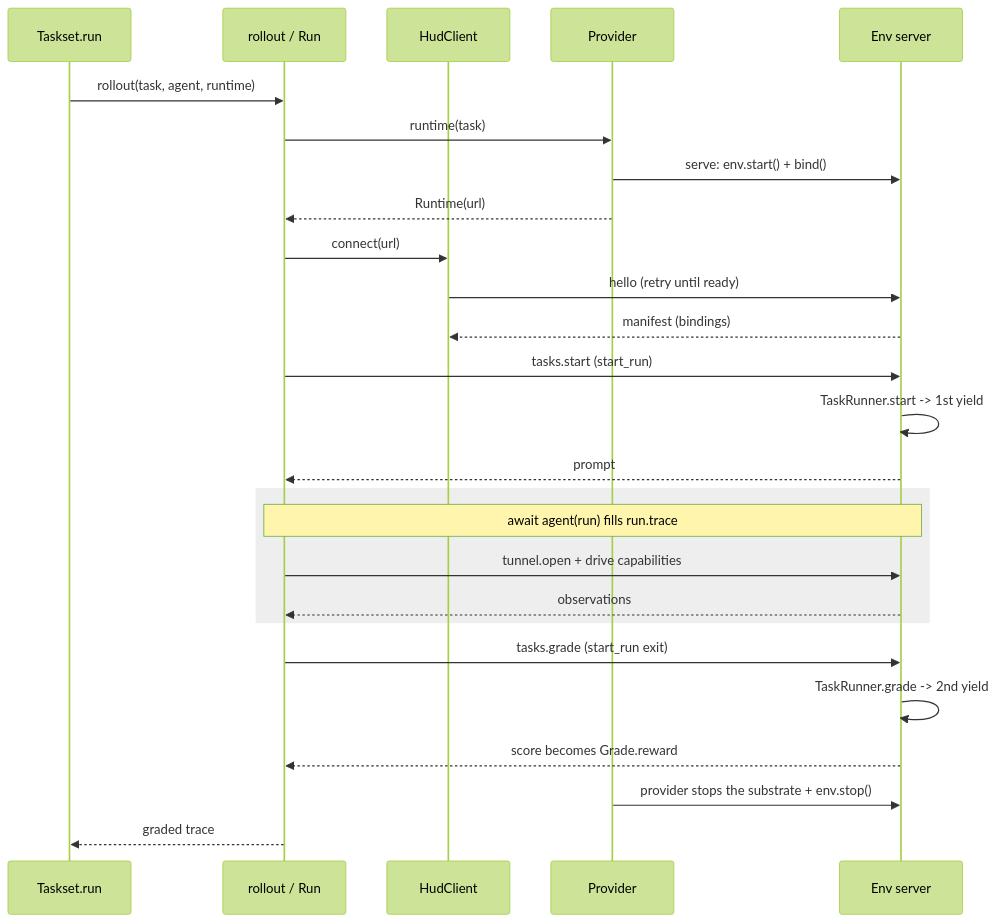
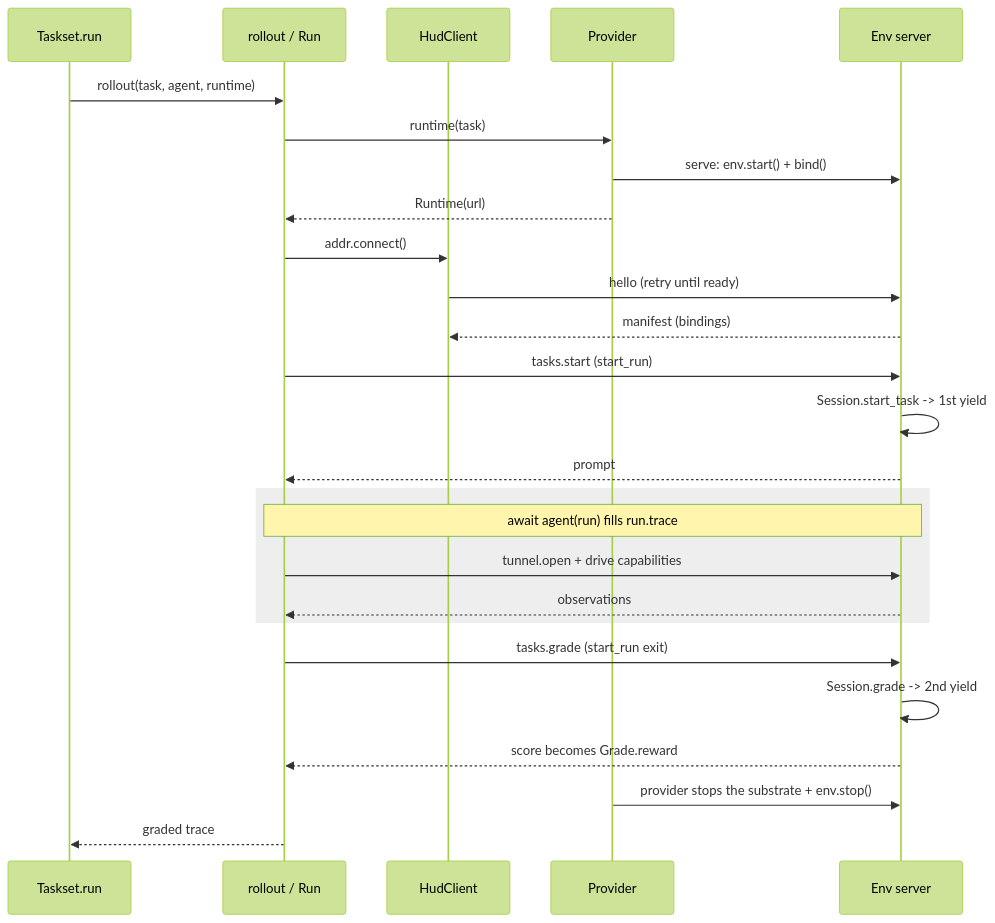
Before and after one commit to hud-evals/hud-python: the diagram in docs/v6/internals/walkthrough.mdx, drawn with Mermaid (forest theme). The commit also changed other lines of this file and 25 other files, not shown here.

````diff
--- a/docs/v6/internals/walkthrough.mdx
+++ b/docs/v6/internals/walkthrough.mdx
@@ -699,28 +679,28 @@
 ```mermaid
 sequenceDiagram
     participant Sched as Taskset.run
     participant Roll as rollout / Run
     participant Cli as HudClient
     participant Prov as Provider
     participant Env as Env server
     Sched->>Roll: rollout(task, agent, runtime)
     Roll->>Prov: runtime(task)
     Prov->>Env: serve: env.start() + bind()
     Prov-->>Roll: Runtime(url)
-    Roll->>Cli: connect(url)
+    Roll->>Cli: addr.connect()
     Cli->>Env: hello (retry until ready)
     Env-->>Cli: manifest (bindings)
     Roll->>Env: tasks.start (start_run)
-    Env->>Env: TaskRunner.start -> 1st yield
+    Env->>Env: Session.start_task -> 1st yield
     Env-->>Roll: prompt
     rect rgb(238,238,238)
     Note over Roll,Env: await agent(run) fills run.trace
     Roll->>Env: tunnel.open + drive capabilities
     Env-->>Roll: observations
     end
     Roll->>Env: tasks.grade (start_run exit)
-    Env->>Env: TaskRunner.grade -> 2nd yield
+    Env->>Env: Session.grade -> 2nd yield
     Env-->>Roll: score becomes Grade.reward
     Prov->>Env: provider stops the substrate + env.stop()
     Roll-->>Sched: graded trace
 ```
````
